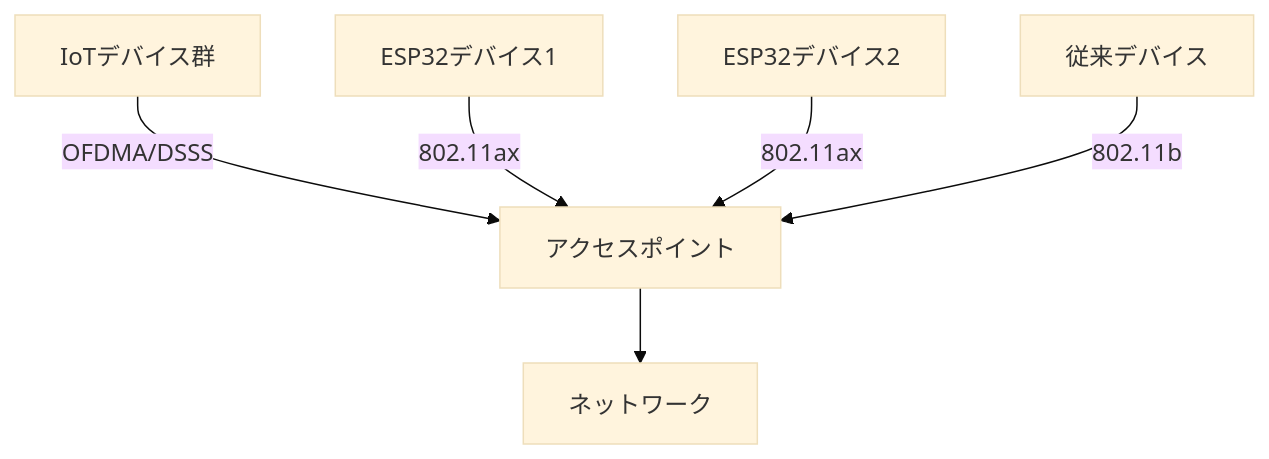
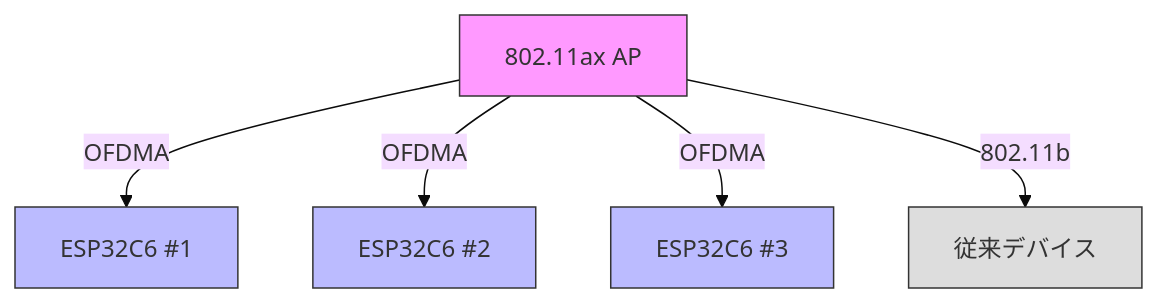
One commit to uecken/docs changed the first of 11 diagrams in 多元接続方式/readme.md. Above: the diagram before and after it, drawn with Mermaid (base theme). The commit also changed other lines of this file and 2 other files, not shown here.

Commit message:
Update OFDMA implementation for ESP32C6 client mode only

````diff
--- a/多元接続方式/readme.md
+++ b/多元接続方式/readme.md
@@ -20,8 +20,13 @@
 ```mermaid
 graph TD
-    A[IoTデバイス群] -->|OFDMA/DSSS| B[アクセスポイント]
-    B --> C[ネットワーク]
-    D[ESP32デバイス1] -->|802.11ax| B
-    E[ESP32デバイス2] -->|802.11ax| B
-    F[従来デバイス] -->|802.11b| B
+    A[802.11ax AP] -->|OFDMA| B[ESP32C6 #1]
+    A -->|OFDMA| C[ESP32C6 #2]
+    A -->|OFDMA| D[ESP32C6 #3]
+    A -->|802.11b| E[従来デバイス]
+    
+    style A fill:#f9f,stroke:#333
+    style B fill:#bbf,stroke:#333
+    style C fill:#bbf,stroke:#333
+    style D fill:#bbf,stroke:#333
+    style E fill:#ddd,stroke:#333
 ```
````
